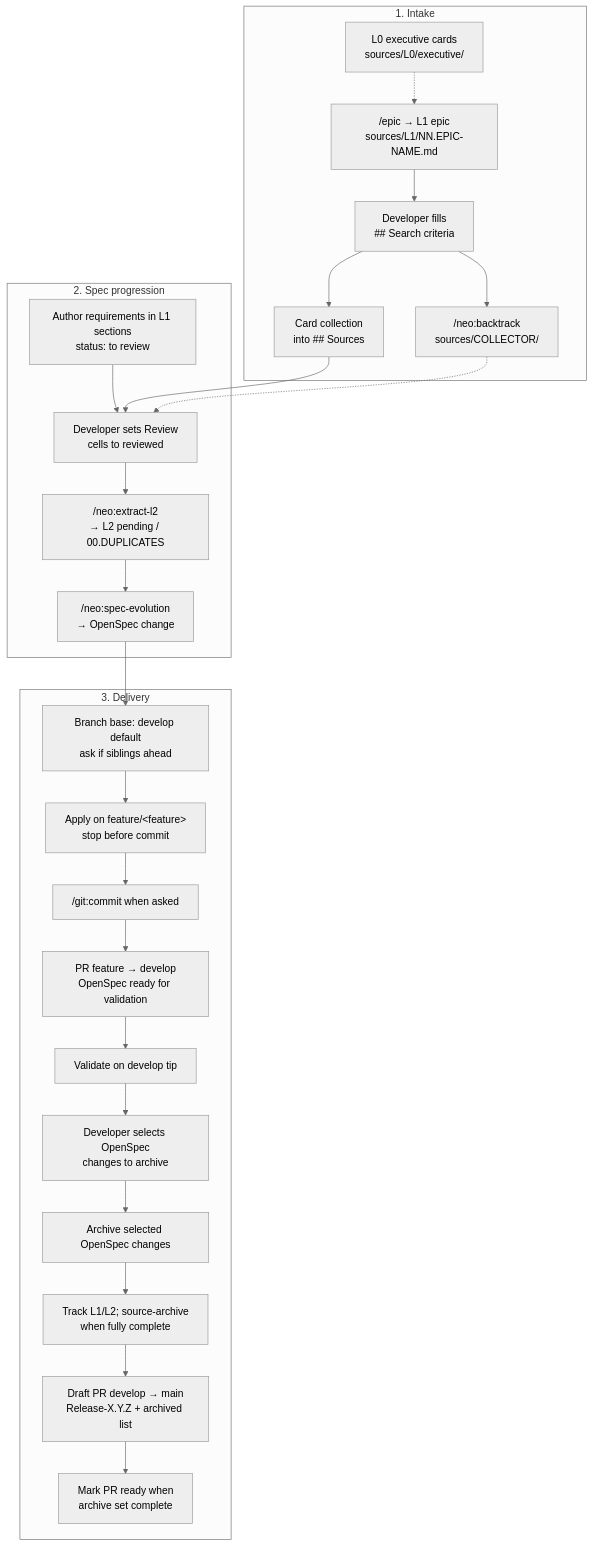
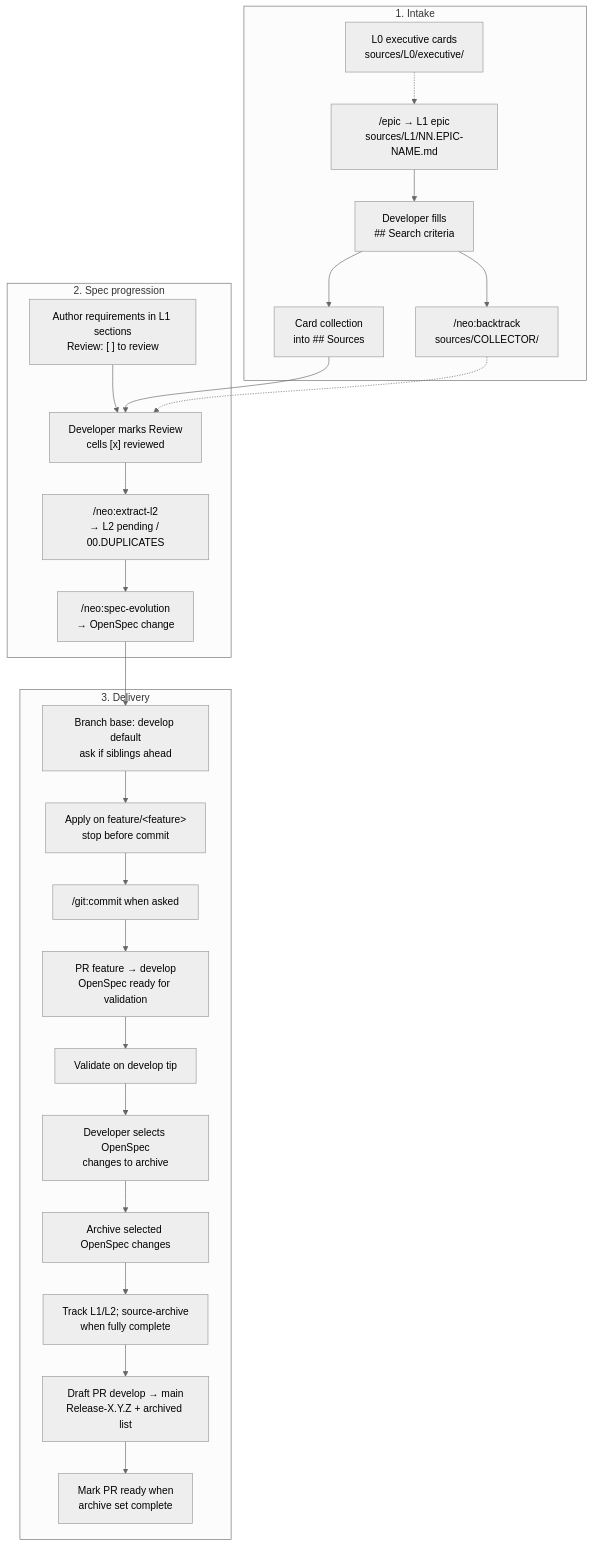
One commit to AdamAntinoo/neocom-meta changed the first of 10 diagrams in .dsh/METHODOLOGY.md. Above: the diagram before and after it, drawn with Mermaid (neutral theme). The commit also changed other lines of this file and 26 other files, not shown here.

First line of the commit message:
feat(meta): register DEF-IB amend and checkbox+status Review gate

````diff
--- a/.dsh/METHODOLOGY.md
+++ b/.dsh/METHODOLOGY.md
@@ -22,40 +22,40 @@
 ```mermaid
 flowchart TB
   subgraph intake["1. Intake"]
     L0["L0 executive cards<br/>sources/L0/executive/"]
     epic["/epic → L1 epic<br/>sources/L1/NN.EPIC-NAME.md"]
     criteria["Developer fills<br/>## Search criteria"]
     cards["Card collection<br/>into ## Sources"]
     backtrack["/neo:backtrack<br/>sources/COLLECTOR/"]
     L0 -.-> epic
     epic --> criteria
     criteria --> cards
     criteria --> backtrack
   end
 
   subgraph progression["2. Spec progression"]
-    author["Author requirements in L1 sections<br/>status: to review"]
-    review["Developer sets Review<br/>cells to reviewed"]
+    author["Author requirements in L1 sections<br/>Review: [ ] to review"]
+    review["Developer marks Review<br/>cells [x] reviewed"]
     extract["/neo:extract-l2<br/>→ L2 pending / 00.DUPLICATES"]
     evolve["/neo:spec-evolution<br/>→ OpenSpec change"]
     author --> review --> extract --> evolve
   end
 
   subgraph delivery["3. Delivery"]
     base["Branch base: develop default<br/>ask if siblings ahead"]
     apply["Apply on feature/&lt;feature&gt;<br/>stop before commit"]
     commit["/git:commit when asked"]
     prDev["PR feature → develop<br/>OpenSpec ready for validation"]
     val["Validate on develop tip"]
     pick["Developer selects OpenSpec<br/>changes to archive"]
     archive["Archive selected OpenSpec changes"]
     srcArch["Track L1/L2; source-archive<br/>when fully complete"]
     draft["Draft PR develop → main<br/>Release-X.Y.Z + archived list"]
     ready["Mark PR ready when<br/>archive set complete"]
     base --> apply --> commit --> prDev --> val --> pick --> archive --> srcArch --> draft --> ready
   end
 
   cards --> review
   backtrack -.-> review
   evolve --> base
 ```
````
